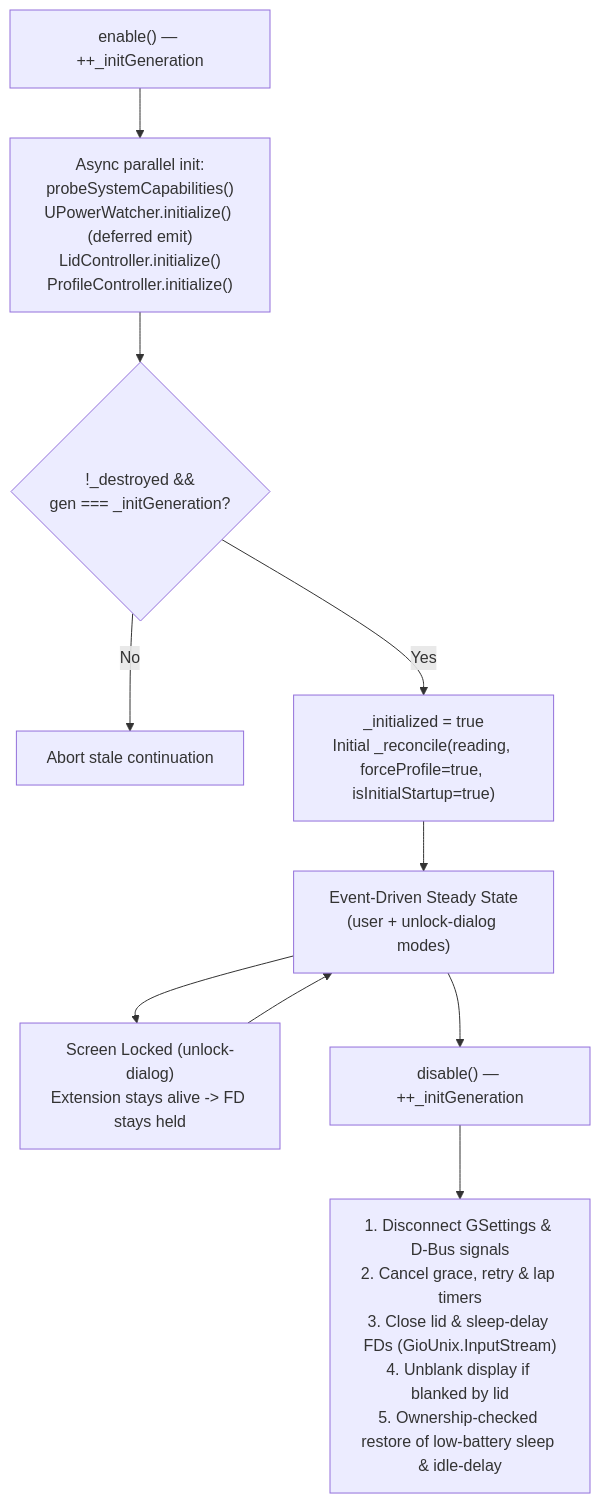
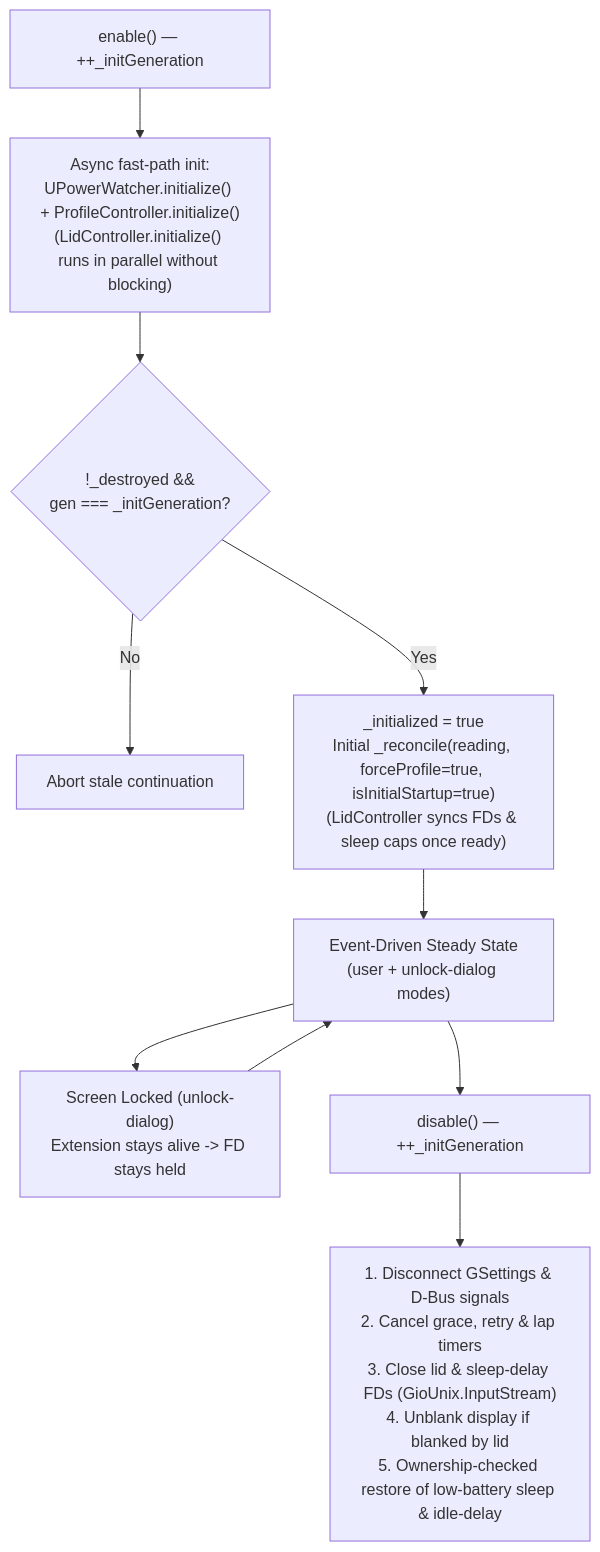
One commit to Uripeer3/gnome-power-states changed the first of 3 diagrams in docs/architecture.md. Above: the diagram before and after it, drawn with Mermaid. The commit also changed other lines of this file and 4 other files, not shown here.

Commit message:
Speed up startup loop, harden UPower stale-adapter & sleep-delay races

````diff
--- a/docs/architecture.md
+++ b/docs/architecture.md
@@ -33,12 +33,12 @@
 ```mermaid
 flowchart TD
-    EN["enable() — ++_initGeneration"] --> INIT["Async parallel init:<br/>probeSystemCapabilities()<br/>UPowerWatcher.initialize() (deferred emit)<br/>LidController.initialize()<br/>ProfileController.initialize()"]
+    EN["enable() — ++_initGeneration"] --> INIT["Async fast-path init:<br/>UPowerWatcher.initialize() + ProfileController.initialize()<br/>(LidController.initialize() runs in parallel without blocking)"]
     INIT --> GEN{"!_destroyed &&<br/>gen === _initGeneration?"}
     GEN -- No --> DROP["Abort stale continuation"]
-    GEN -- Yes --> READY["_initialized = true<br/>Initial _reconcile(reading, forceProfile=true, isInitialStartup=true)"]
+    GEN -- Yes --> READY["_initialized = true<br/>Initial _reconcile(reading, forceProfile=true, isInitialStartup=true)<br/>(LidController syncs FDs & sleep caps once ready)"]
     READY --> LIVE["Event-Driven Steady State<br/>(user + unlock-dialog modes)"]
     LIVE --> LOCK["Screen Locked (unlock-dialog)<br/>Extension stays alive -> FD stays held"]
     LOCK --> LIVE
     LIVE --> DIS["disable() — ++_initGeneration"]
     DIS --> CLEAN["1. Disconnect GSettings & D-Bus signals<br/>2. Cancel grace, retry & lap timers<br/>3. Close lid & sleep-delay FDs (GioUnix.InputStream)<br/>4. Unblank display if blanked by lid<br/>5. Ownership-checked restore of low-battery sleep & idle-delay"]
 ```
````
